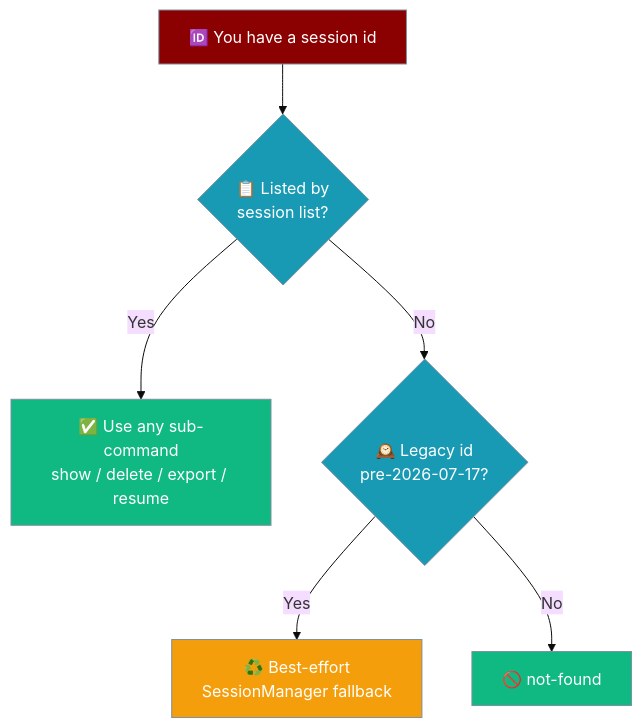
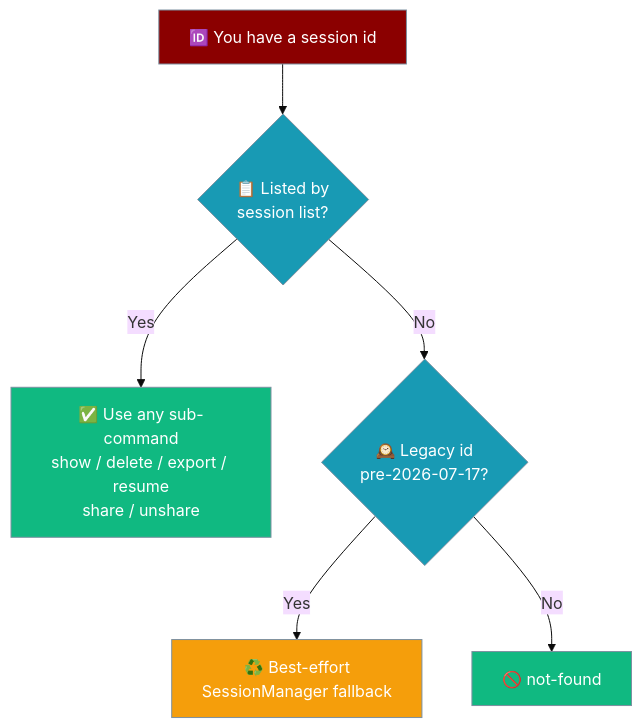
Before and after one commit to MervinPraison/PraisonAIDocs: the first of 11 diagrams in docs/cli/session.mdx, drawn with Mermaid (base theme). The commit also changed other lines of this file, not shown here.

Commit message:
docs: document session share / unshare CLI commands (fixes #2580)

````diff
--- a/docs/cli/session.mdx
+++ b/docs/cli/session.mdx
@@ -12,18 +12,18 @@
 ```mermaid
 graph TB
     Start[🆔 You have a session id] --> Listed{📋 Listed by<br/>session list?}
-    Listed -->|Yes| Unified[✅ Use any sub-command<br/>show / delete / export / resume]
+    Listed -->|Yes| Unified[✅ Use any sub-command<br/>show / delete / export / resume<br/>share / unshare]
     Listed -->|No| Legacy{🕰️ Legacy id<br/>pre-2026-07-17?}
     Legacy -->|Yes| Fallback[♻️ Best-effort<br/>SessionManager fallback]
     Legacy -->|No| NotFound[🚫 not-found]
 
     classDef input fill:#8B0000,stroke:#7C90A0,color:#fff
     classDef check fill:#189AB4,stroke:#7C90A0,color:#fff
     classDef result fill:#10B981,stroke:#7C90A0,color:#fff
     classDef legacy fill:#F59E0B,stroke:#7C90A0,color:#fff
 
     class Start input
     class Listed,Legacy check
     class Unified,NotFound result
     class Fallback legacy
 ```
````
